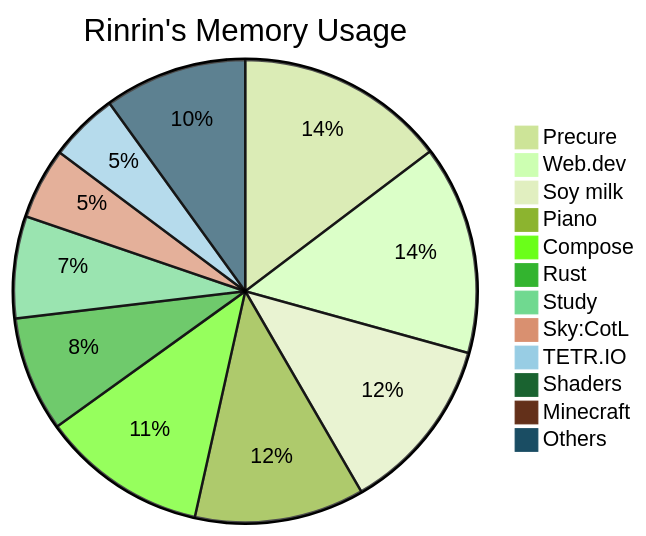
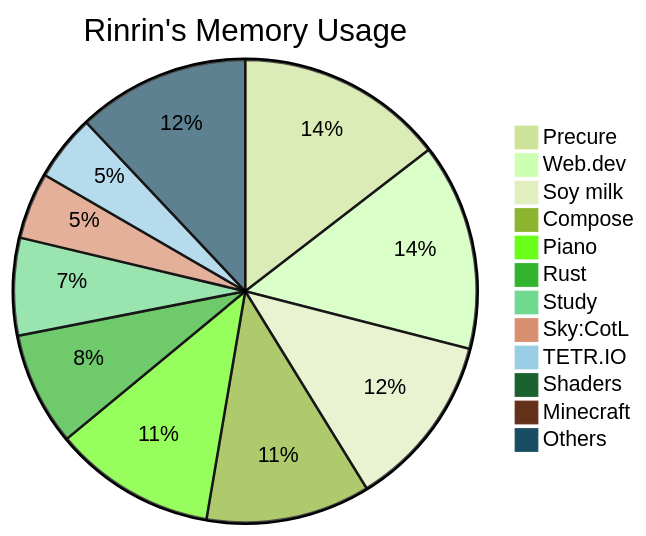
The diagram in README.md (Rinrin0413/Rinrin0413), drawn with Mermaid (forest theme) before and after one commit.

Commit message:
🛠 Update: Rinrin's Memory Usage

````diff
--- a/README.md
+++ b/README.md
@@ -76,15 +76,15 @@
 ```mermaid
 pie title Rinrin's Memory Usage
-    "Precure": 596
-    "Web.dev": 593
-    "Soy milk": 501
-    "Piano": 481
-    "Compose": 470
+    "Precure": 599
+    "Web.dev": 595
+    "Soy milk": 503
+    "Compose": 472
+    "Piano": 466
     "Rust": 326
-    "Study": 289
-    "Sky:CotL": 202
-    "TETR.IO": 196
-    "Shaders": 32
+    "Study": 280
+    "Sky:CotL": 191
+    "TETR.IO": 190
+    "Shaders": 30
     "Minecraft": 30
-    "Others": 404
+    "Others": 495
 ```
````
